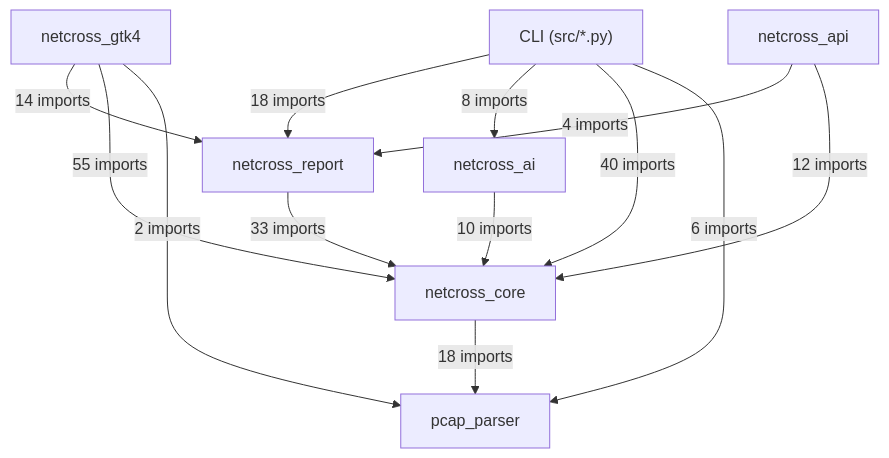
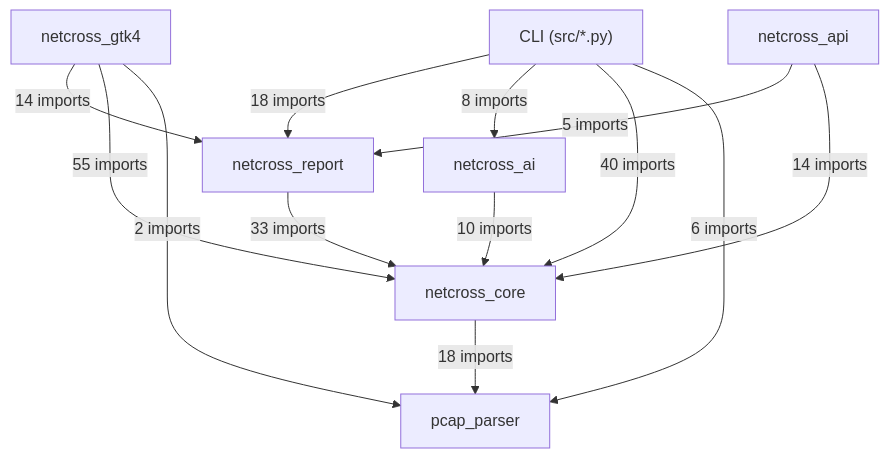
The first of 19 diagrams in docs/class-diagram.md (Mathide-Team/Netcross), drawn with Mermaid before and after one commit. The commit also changed other lines of this file and 1 other file, not shown here.

First line of the commit message:
chore: rebase sur dev + regenerate class-diagram + ruff format

````diff
--- a/docs/class-diagram.md
+++ b/docs/class-diagram.md
@@ -26,22 +26,22 @@
 ```mermaid
 flowchart TD
     CLI["CLI (src/*.py)"]
     netcross_gtk4["netcross_gtk4"]
     netcross_api["netcross_api"]
     netcross_report["netcross_report"]
     netcross_ai["netcross_ai"]
     netcross_core["netcross_core"]
     pcap_parser["pcap_parser"]
     CLI -->|"18 imports"| netcross_report
     CLI -->|"8 imports"| netcross_ai
     CLI -->|"40 imports"| netcross_core
     CLI -->|"6 imports"| pcap_parser
     netcross_gtk4 -->|"14 imports"| netcross_report
     netcross_gtk4 -->|"55 imports"| netcross_core
     netcross_gtk4 -->|"2 imports"| pcap_parser
-    netcross_api -->|"4 imports"| netcross_report
-    netcross_api -->|"12 imports"| netcross_core
+    netcross_api -->|"5 imports"| netcross_report
+    netcross_api -->|"14 imports"| netcross_core
     netcross_report -->|"33 imports"| netcross_core
     netcross_ai -->|"10 imports"| netcross_core
     netcross_core -->|"18 imports"| pcap_parser
 ```
````
